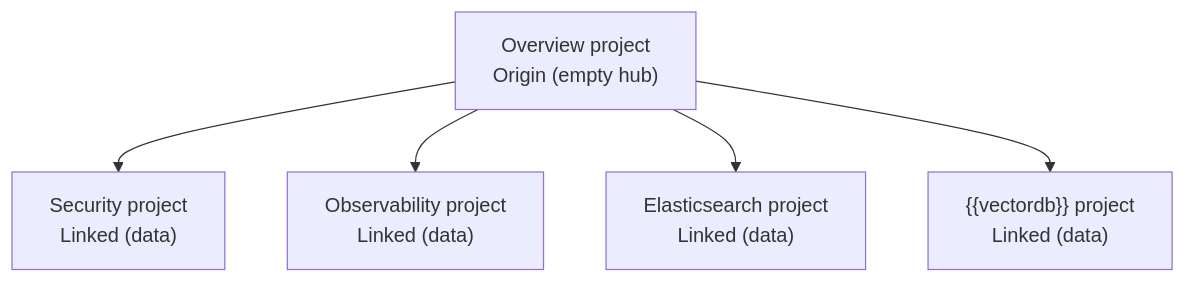
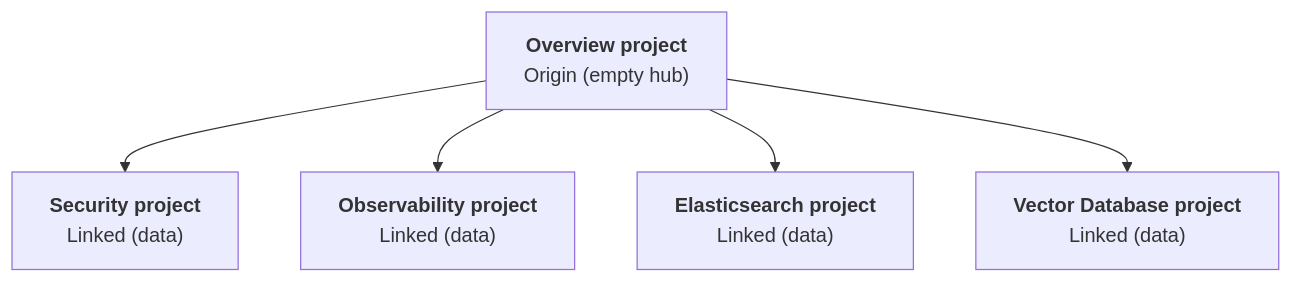
The diagram in deploy-manage/cross-project-search-config.md (elastic/docs-content), drawn with Mermaid before and after one commit. The commit also changed 3 other files, not shown here.

````diff
--- a/deploy-manage/cross-project-search-config.md
+++ b/deploy-manage/cross-project-search-config.md
@@ -78,8 +78,8 @@
 ```mermaid
 flowchart TB
-    O["Overview project<br/>Origin (empty hub)"]
-    O --> S["Security project<br/>Linked (data)"]
-    O --> Obs["Observability project<br/>Linked (data)"]
-    O --> E["Elasticsearch project<br/>Linked (data)"]
-    O --> V["{{vectordb}} project<br/>Linked (data)"]
+    O["<b>Overview project</b><br/>Origin (empty hub)"]:::tip
+    O --> S["<b>Security project</b><br/>Linked (data)"]:::plain
+    O --> Obs["<b>Observability project</b><br/>Linked (data)"]:::plain
+    O --> E["<b>Elasticsearch project</b><br/>Linked (data)"]:::plain
+    O --> V["<b>Vector Database project</b><br/>Linked (data)"]:::plain
 ```
````
